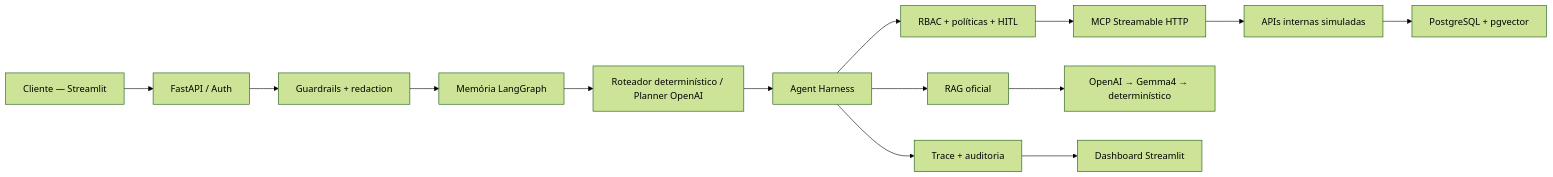
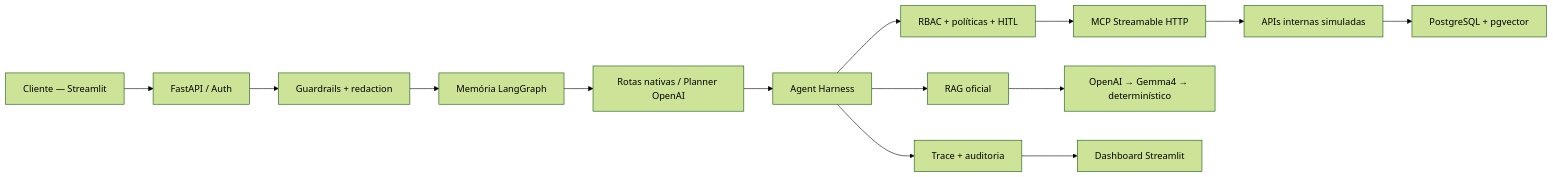
One commit to fabiopolli/intelligent-banking-agent changed the diagram in README.md. Above: the diagram before and after it, drawn with Mermaid (forest theme). The commit also changed other lines of this file and 2 other files, not shown here.

Commit message:
docs(architecture): add aws blueprint and gemma demo

````diff
--- a/README.md
+++ b/README.md
@@ -23,16 +23,16 @@
 ```mermaid
 flowchart LR
     U["Cliente — Streamlit"] --> A["FastAPI / Auth"]
     A --> G["Guardrails + redaction"]
     G --> C["Memória LangGraph"]
-    C --> R["Roteador determinístico / Planner OpenAI"]
+    C --> R["Rotas nativas / Planner OpenAI"]
     R --> H["Agent Harness"]
     H --> P["RBAC + políticas + HITL"]
     P --> M["MCP Streamable HTTP"]
     M --> I["APIs internas simuladas"]
     I --> DB["PostgreSQL + pgvector"]
     H --> K["RAG oficial"]
     K --> L["OpenAI → Gemma4 → determinístico"]
     H --> O["Trace + auditoria"]
     O --> D["Dashboard Streamlit"]
 ```
````
